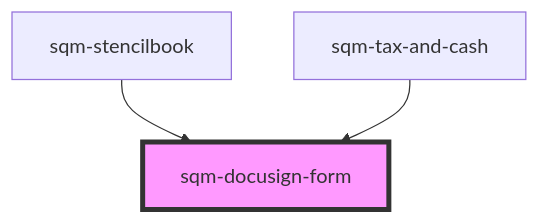
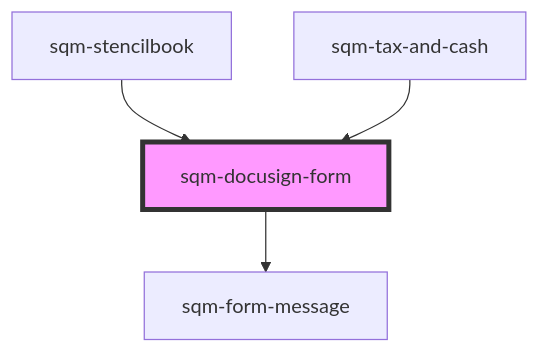
One commit to saasquatch/program-tools changed the diagram in packages/mint-components/src/components/tax-and-cash/sqm-docusign-form/readme.md. Above: the diagram before and after it, drawn with Mermaid. The commit also changed other lines of this file and 11 other files, not shown here.

````diff
--- a/packages/mint-components/src/components/tax-and-cash/sqm-docusign-form/readme.md
+++ b/packages/mint-components/src/components/tax-and-cash/sqm-docusign-form/readme.md
@@ -46,6 +50,7 @@
 ```mermaid
 graph TD;
+  sqm-docusign-form --> sqm-form-message
   sqm-stencilbook --> sqm-docusign-form
   sqm-tax-and-cash --> sqm-docusign-form
   style sqm-docusign-form fill:#f9f,stroke:#333,stroke-width:4px
 ```
````
